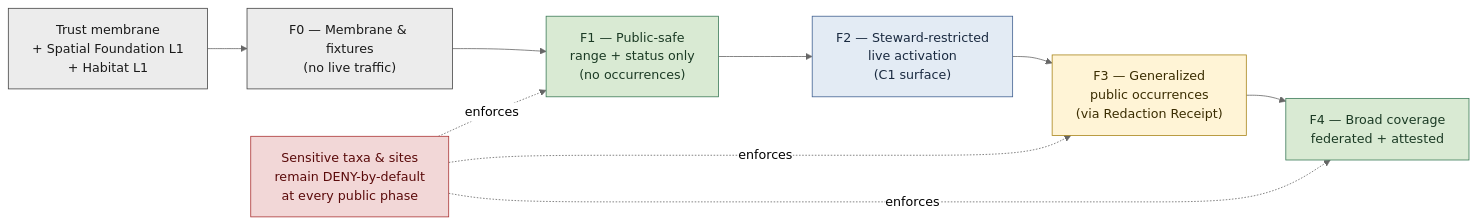
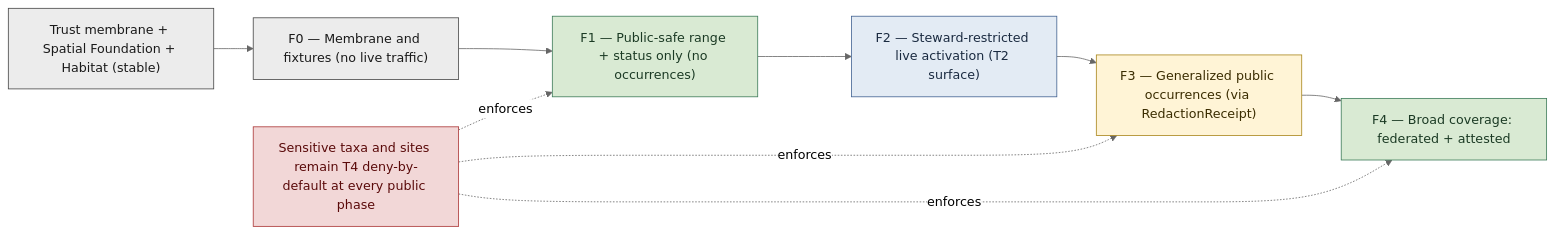
One commit to bartytime4life/Kansas-Frontier-Matrix changed the first of 2 diagrams in docs/domains/fauna/EXPANSION_PLAN.md. Above: the diagram before and after it, drawn with Mermaid (neutral theme). The commit also changed other lines of this file, not shown here.

````diff
--- a/docs/domains/fauna/EXPANSION_PLAN.md
+++ b/docs/domains/fauna/EXPANSION_PLAN.md
@@ -172,23 +181,23 @@
 ```mermaid
 flowchart LR
     classDef gov   fill:#ECECEC,stroke:#444,color:#1a1a1a;
     classDef pub   fill:#D9EAD3,stroke:#3B7A57,color:#1B3A24;
     classDef mid   fill:#FFF4D6,stroke:#A88419,color:#3A2C00;
     classDef deny  fill:#F2D7D7,stroke:#A33,color:#5A0A0A;
     classDef stew  fill:#E3EBF4,stroke:#406090,color:#1A2A40;
 
-    M[Trust membrane<br/>+ Spatial Foundation L1<br/>+ Habitat L1]:::gov
+    M["Trust membrane + Spatial Foundation + Habitat (stable)"]:::gov
 
-    F0["F0 — Membrane &amp; fixtures<br/>(no live traffic)"]:::gov
-    F1["F1 — Public-safe<br/>range + status only<br/>(no occurrences)"]:::pub
-    F2["F2 — Steward-restricted<br/>live activation<br/>(C1 surface)"]:::stew
-    F3["F3 — Generalized<br/>public occurrences<br/>(via Redaction Receipt)"]:::mid
-    F4["F4 — Broad coverage<br/>federated + attested"]:::pub
+    F0["F0 — Membrane and fixtures (no live traffic)"]:::gov
+    F1["F1 — Public-safe range + status only (no occurrences)"]:::pub
+    F2["F2 — Steward-restricted live activation (T2 surface)"]:::stew
+    F3["F3 — Generalized public occurrences (via RedactionReceipt)"]:::mid
+    F4["F4 — Broad coverage: federated + attested"]:::pub
 
-    SENS["Sensitive taxa &amp; sites<br/>remain DENY-by-default<br/>at every public phase"]:::deny
+    SENS["Sensitive taxa and sites remain T4 deny-by-default at every public phase"]:::deny
 
     M --> F0 --> F1 --> F2 --> F3 --> F4
-    SENS -. enforces .-> F1
-    SENS -. enforces .-> F3
-    SENS -. enforces .-> F4
+    SENS -. "enforces" .-> F1
+    SENS -. "enforces" .-> F3
+    SENS -. "enforces" .-> F4
 ```
````
